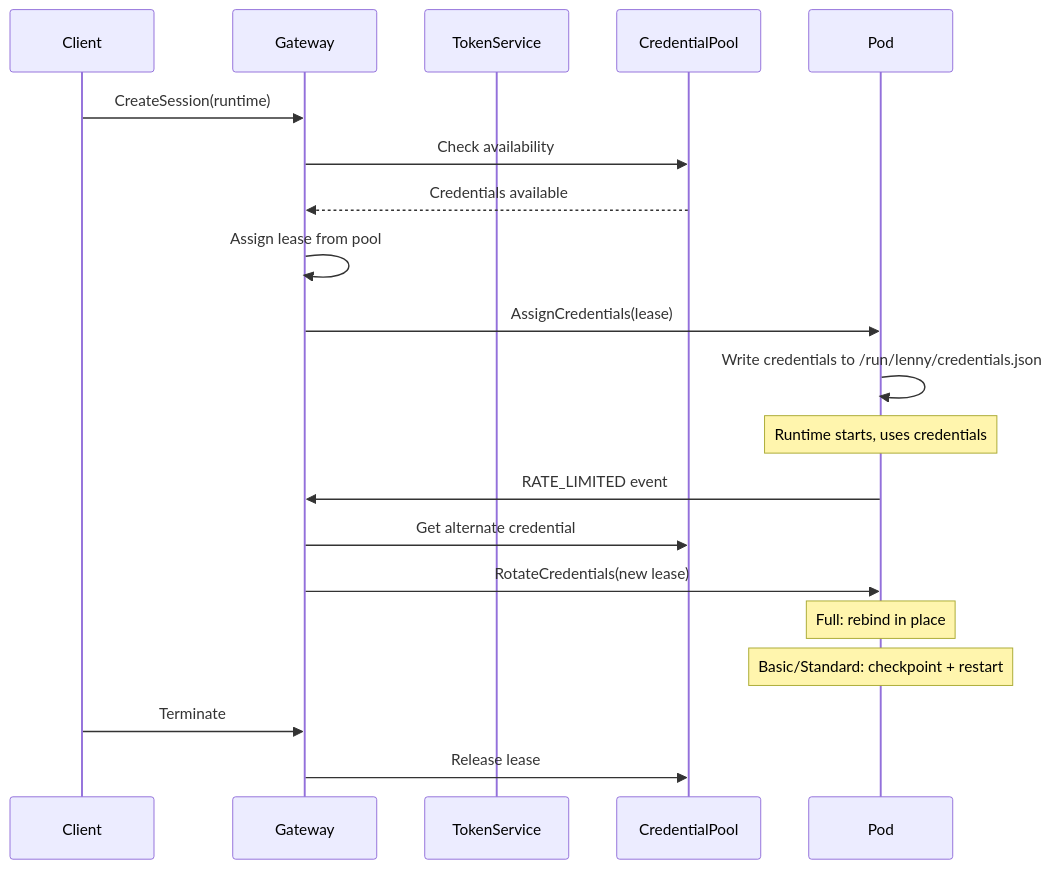
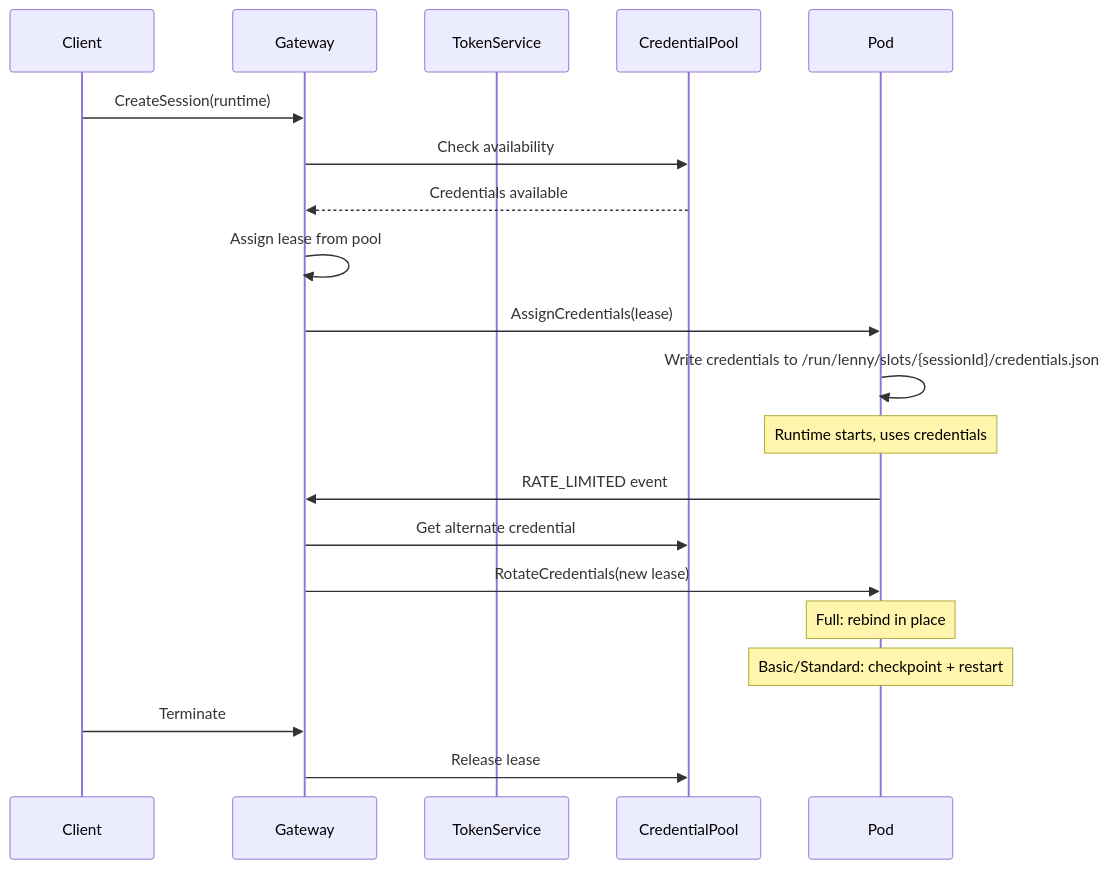
Before and after one commit to lennylabs/lenny: the second of 2 diagrams in docs/getting-started/concepts.md, drawn with Mermaid. The commit also changed 11 other files, not shown here.

````diff
--- a/docs/getting-started/concepts.md
+++ b/docs/getting-started/concepts.md
@@ -571,23 +571,23 @@
 ```mermaid
 sequenceDiagram
     participant Client
     participant Gateway
     participant TokenService
     participant CredentialPool
     participant Pod
 
     Client->>Gateway: CreateSession(runtime)
     Gateway->>CredentialPool: Check availability
     CredentialPool-->>Gateway: Credentials available
     Gateway->>Gateway: Assign lease from pool
     Gateway->>Pod: AssignCredentials(lease)
-    Pod->>Pod: Write credentials to /run/lenny/credentials.json
+    Pod->>Pod: Write credentials to /run/lenny/slots/{sessionId}/credentials.json
     Note over Pod: Runtime starts, uses credentials
     Pod->>Gateway: RATE_LIMITED event
     Gateway->>CredentialPool: Get alternate credential
     Gateway->>Pod: RotateCredentials(new lease)
     Note over Pod: Full: rebind in place
     Note over Pod: Basic/Standard: checkpoint + restart
     Client->>Gateway: Terminate
     Gateway->>CredentialPool: Release lease
 ```
````
